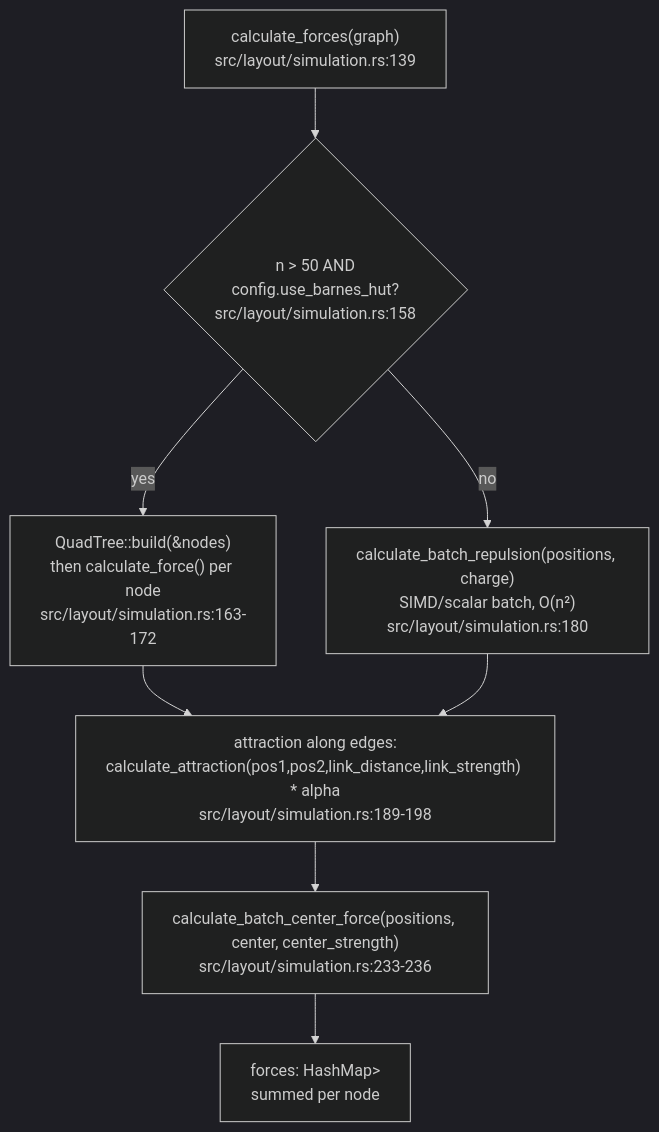
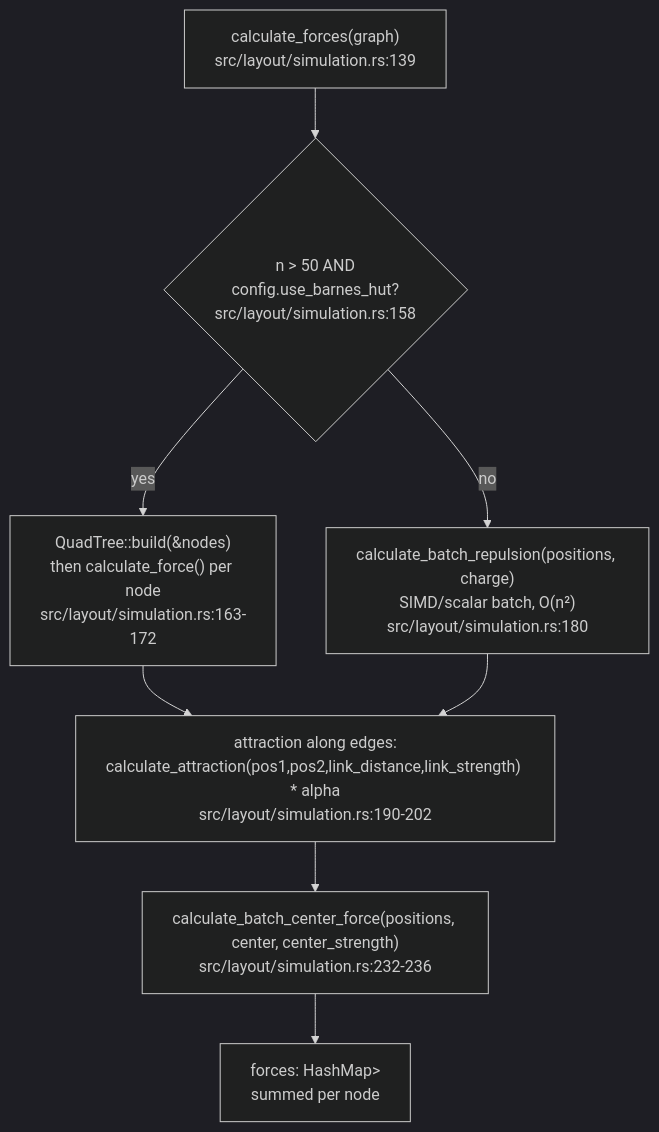
One commit to DreamLab-AI/VisionFlow changed the second of 9 diagrams in docs/diagrams/vowl-wasm/03-force-layout-lifecycle.md. Above: the diagram before and after it, drawn with Mermaid (dark theme). The commit also changed other lines of this file and 48 other files, not shown here.

Commit message:
docs: reconcile estate repairs and first diagram refresh batch

````diff
--- a/docs/diagrams/vowl-wasm/03-force-layout-lifecycle.md
+++ b/docs/diagrams/vowl-wasm/03-force-layout-lifecycle.md
@@ -48,10 +48,10 @@
 ```mermaid
 flowchart TB
     START["calculate_forces(graph)<br/>src/layout/simulation.rs:139"] --> BR{"n > 50 AND<br/>config.use_barnes_hut?<br/>src/layout/simulation.rs:158"}
     BR -->|yes| QT["QuadTree::build(&nodes)<br/>then calculate_force() per node<br/>src/layout/simulation.rs:163-172"]
     BR -->|no| BATCH["calculate_batch_repulsion(positions, charge)<br/>SIMD/scalar batch, O(n²)<br/>src/layout/simulation.rs:180"]
-    QT --> ATTR["attraction along edges:<br/>calculate_attraction(pos1,pos2,link_distance,link_strength) * alpha<br/>src/layout/simulation.rs:189-198"]
+    QT --> ATTR["attraction along edges:<br/>calculate_attraction(pos1,pos2,link_distance,link_strength) * alpha<br/>src/layout/simulation.rs:190-202"]
     BATCH --> ATTR
-    ATTR --> CENTER["calculate_batch_center_force(positions, center, center_strength)<br/>src/layout/simulation.rs:233-236"]
+    ATTR --> CENTER["calculate_batch_center_force(positions, center, center_strength)<br/>src/layout/simulation.rs:232-236"]
     CENTER --> SUM["forces: HashMap<node_id, Vector2<f64>><br/>summed per node"]
 ```
````
